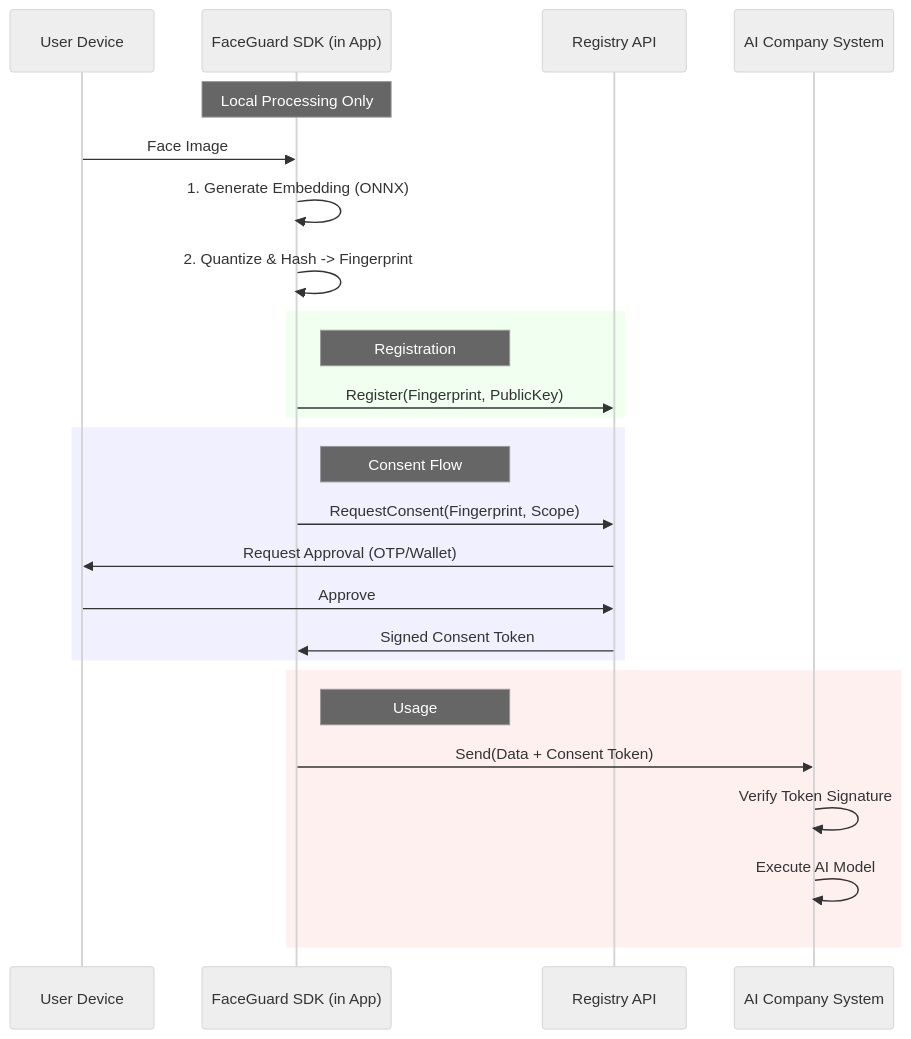
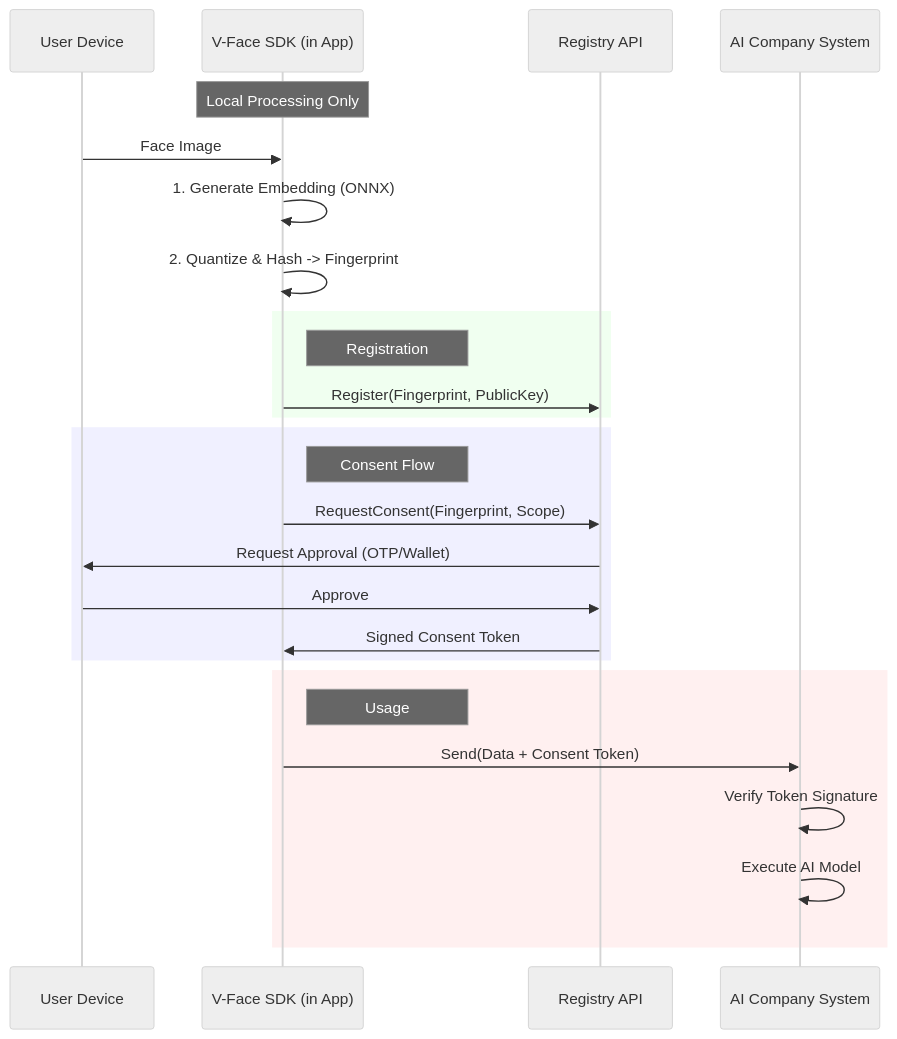
One commit to nytdevansh/V-Face changed the diagram in docs/architecture.md. Above: the diagram before and after it, drawn with Mermaid (neutral theme). The commit also changed 26 other files, not shown here.

````diff
--- a/docs/architecture.md
+++ b/docs/architecture.md
@@ -8,32 +8,32 @@
 ```mermaid
 sequenceDiagram
     participant User as User Device
-    participant SDK as FaceGuard SDK (in App)
+    participant SDK as V-Face SDK (in App)
     participant Registry as Registry API
     participant LLM as AI Company System
 
     Note over SDK: Local Processing Only
     User->>SDK: Face Image
     SDK->>SDK: 1. Generate Embedding (ONNX)
     SDK->>SDK: 2. Quantize & Hash -> Fingerprint
     
     rect rgb(240, 255, 240)
         Note right of SDK: Registration
         SDK->>Registry: Register(Fingerprint, PublicKey)
     end
 
     rect rgb(240, 240, 255)
         Note right of SDK: Consent Flow
         SDK->>Registry: RequestConsent(Fingerprint, Scope)
         Registry->>User: Request Approval (OTP/Wallet)
         User->>Registry: Approve
         Registry->>SDK: Signed Consent Token
     end
 
     rect rgb(255, 240, 240)
         Note right of SDK: Usage
         SDK->>LLM: Send(Data + Consent Token)
         LLM->>LLM: Verify Token Signature
         LLM->>LLM: Execute AI Model
     end
 ```
````
